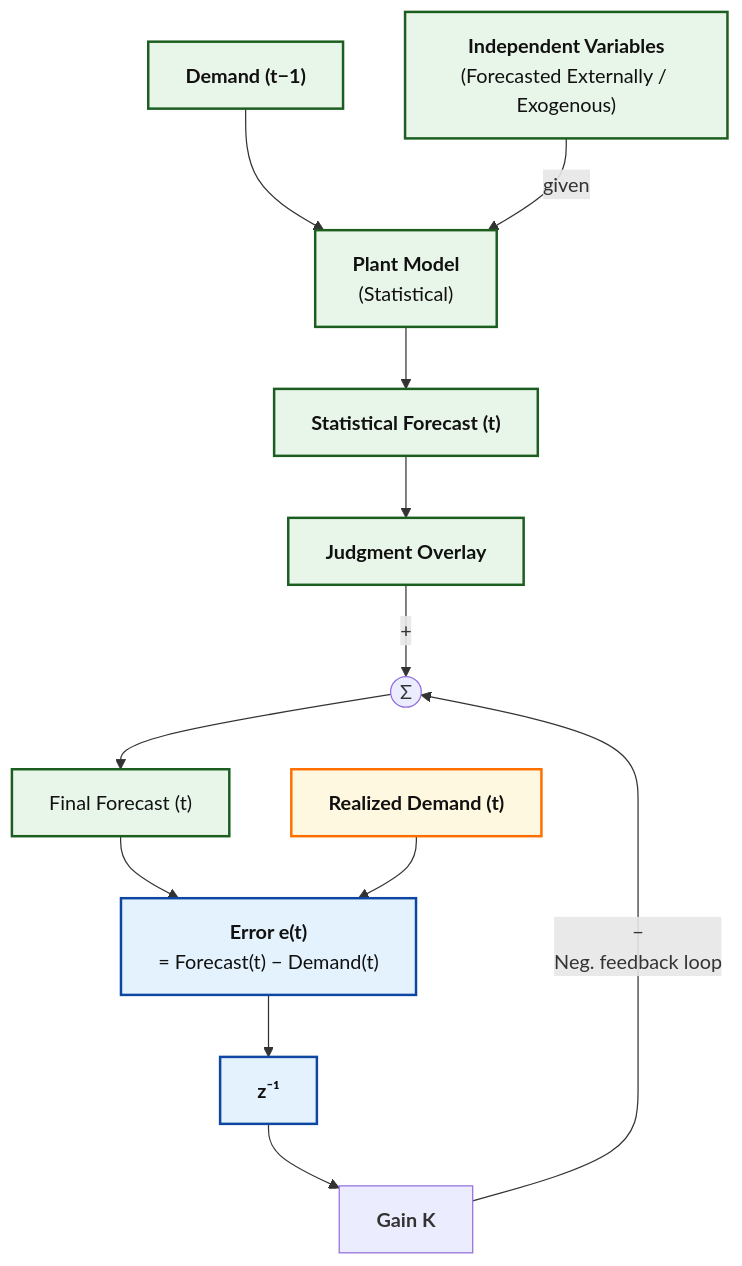
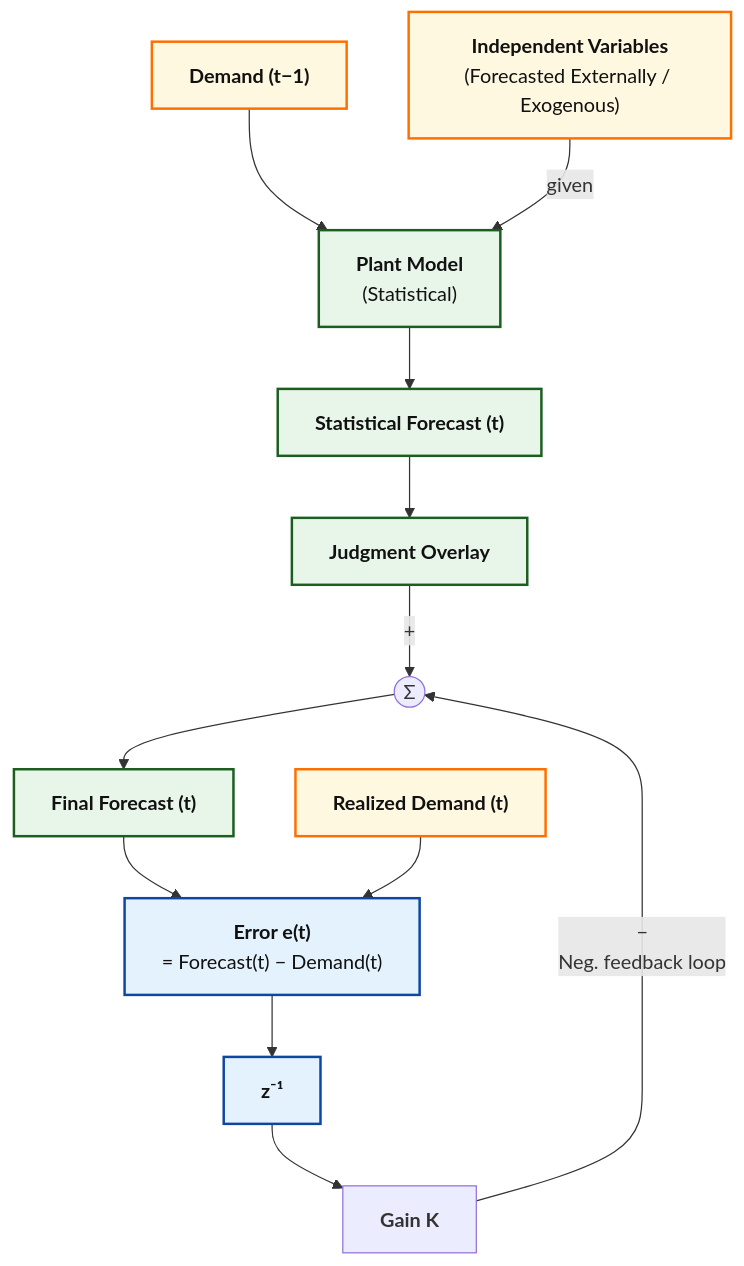
The diagram in articles-posts/judgmental-mechanical.md (Tellusant/docs), drawn with Mermaid before and after one commit.

```diff
--- a/articles-posts/judgmental-mechanical.md
+++ b/articles-posts/judgmental-mechanical.md
@@ -19,50 +19,50 @@
 <div class="mermaid">
   
 flowchart TD
 
 %% ===== Inputs =====
-D1["`**Demand (t−1)**`"]:::strong
-X["`**Independent Variables**<br/>(Forecasted Externally / Exogenous)`"]:::strong
+D1["`**Demand (t−1)**`"]:::mixed
+X["`**Independent Variables**<br/>(Forecasted Externally / Exogenous)`"]:::mixed
 
 %% ===== Baseline model =====
 M["`**Plant Model**<br/>(Statistical)`"]:::strong
 S["`**Statistical Forecast (t)**`"]:::strong
 
 %% ===== Judgment and correction =====
 J["`**Judgment Overlay**`"]:::strong
 Sum((Σ))
 K["`**Gain K**`"]
-F["`Final Forecast (t)`"]:::strong
+F["`**Final Forecast (t)**`"]:::strong
 
 %% ===== Realized demand =====
 R["`**Realized Demand (t)**`"]:::mixed
 
 %% ===== Error and delay =====
 E["`**Error e(t)**<br/>= Forecast(t) − Demand(t)`"]:::neutral
 Delay["`**z⁻¹**`"]:::neutral
 
 %% ===== Forward path =====
 D1 --> M
 X -->|given| M
 M --> S
 S --> J
 J -->|&nbsp;+&nbsp;| Sum
 Sum --> F
 
 %% ===== Error computation =====
 F --> E
 R --> E
 
 %% ===== Feedback =====
 E --> Delay
 Delay --> K
 K -->|−<br/>Neg. feedback loop| Sum
 
 %% ========= STYLES =========
 classDef strong  fill:#E8F5E9,stroke:#1B5E20,stroke-width:2px,color:#111;
 classDef neutral fill:#E3F2FD,stroke:#0D47A1,stroke-width:2px,color:#111;
 classDef mixed   fill:#FFF8E1,stroke:#FF6F00,stroke-width:2px,color:#111;
 classDef risk    fill:#FDECEA,stroke:#B71C1C,stroke-width:2px,color:#111;
 classDef summary fill:#F5F5F5,stroke:#424242,stroke-width:2px,color:#111;
 
 </div>
```
